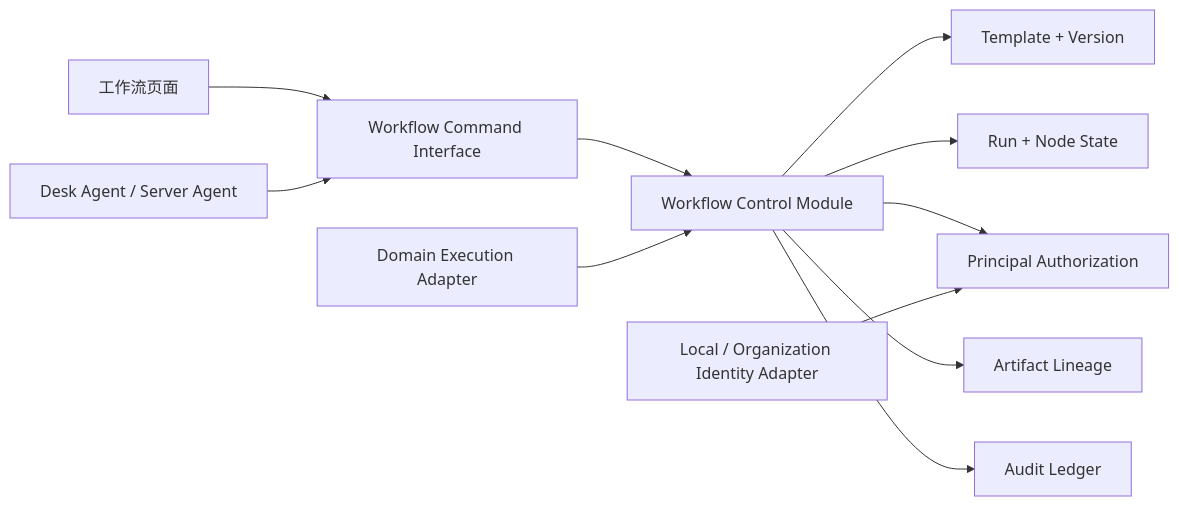
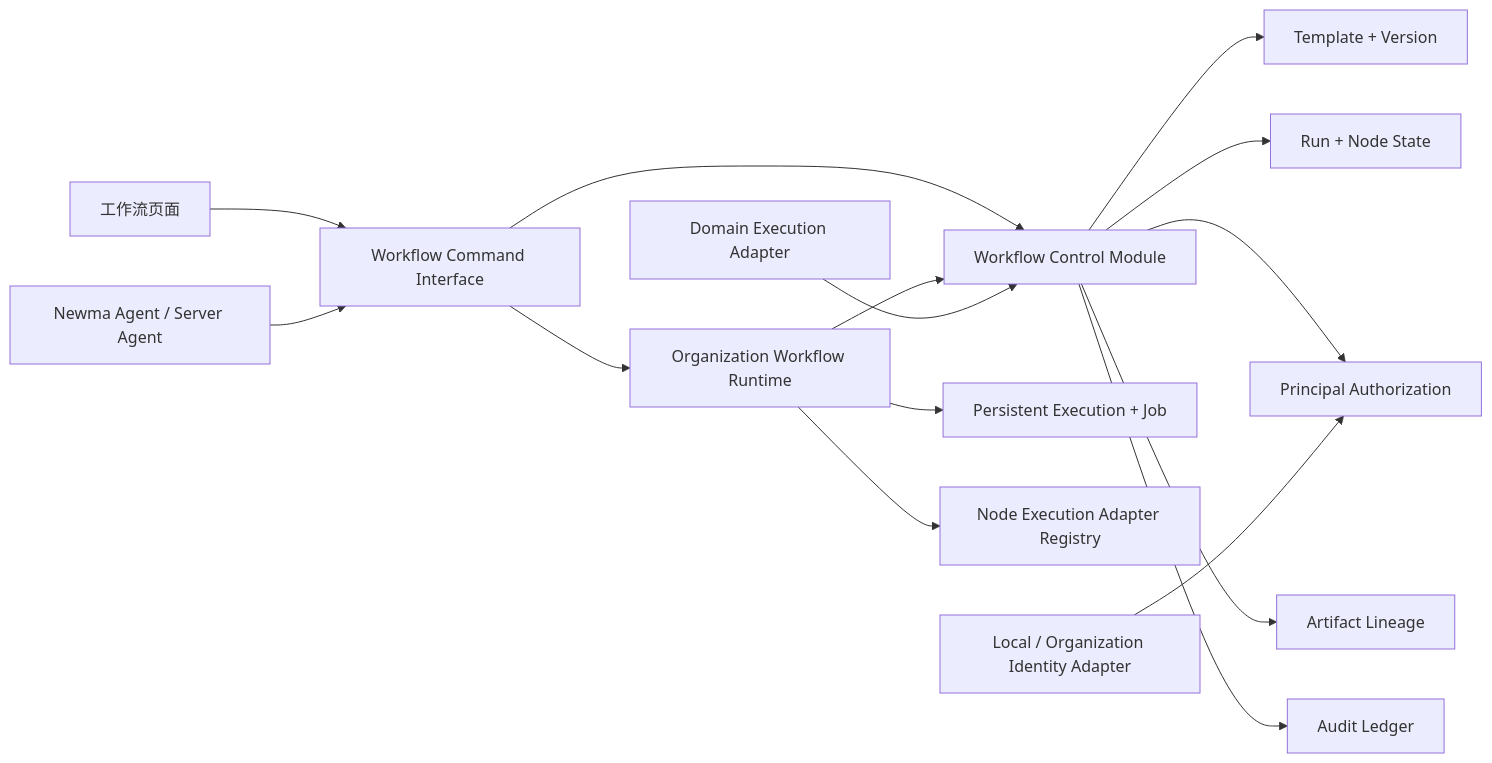
One commit to leecyno1/newma-desk changed the first of 3 diagrams in docs/workflow-control-standard.md. Above: the diagram before and after it, drawn with Mermaid. The commit also changed other lines of this file and 706 other files, not shown here.

````diff
--- a/docs/workflow-control-standard.md
+++ b/docs/workflow-control-standard.md
@@ -17,13 +17,17 @@
 ```mermaid
 flowchart LR
   UI[工作流页面] --> I[Workflow Command Interface]
-  AG[Desk Agent / Server Agent] --> I
+  AG[Newma Agent / Server Agent] --> I
   I --> WC[Workflow Control Module]
+  I --> WR[Organization Workflow Runtime]
   WC --> DF[Template + Version]
   WC --> RN[Run + Node State]
   WC --> AU[Principal Authorization]
   WC --> AR[Artifact Lineage]
   WC --> EV[Audit Ledger]
+  WR --> JB[Persistent Execution + Job]
+  WR --> NA[Node Execution Adapter Registry]
+  WR --> WC
   ID[Local / Organization Identity Adapter] --> AU
   EX[Domain Execution Adapter] --> WC
 ```
````
